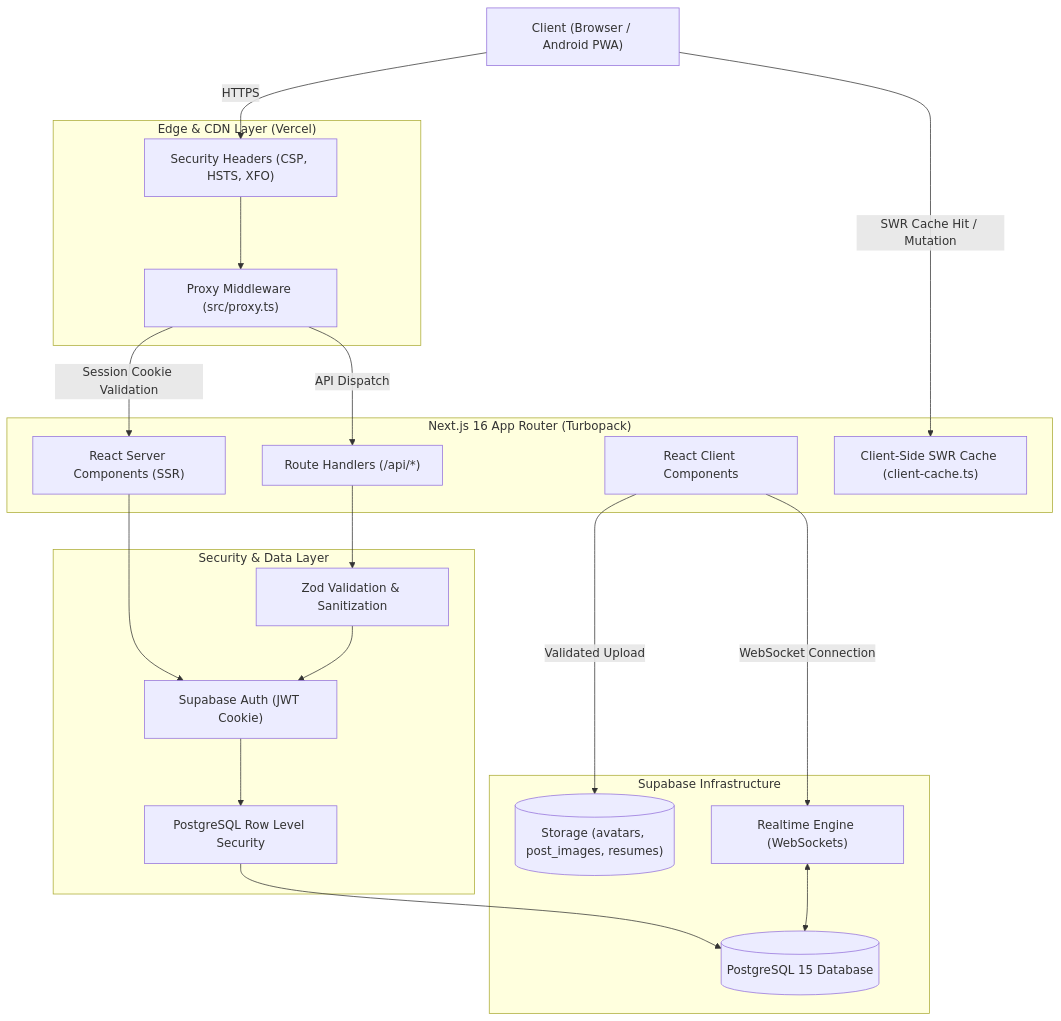
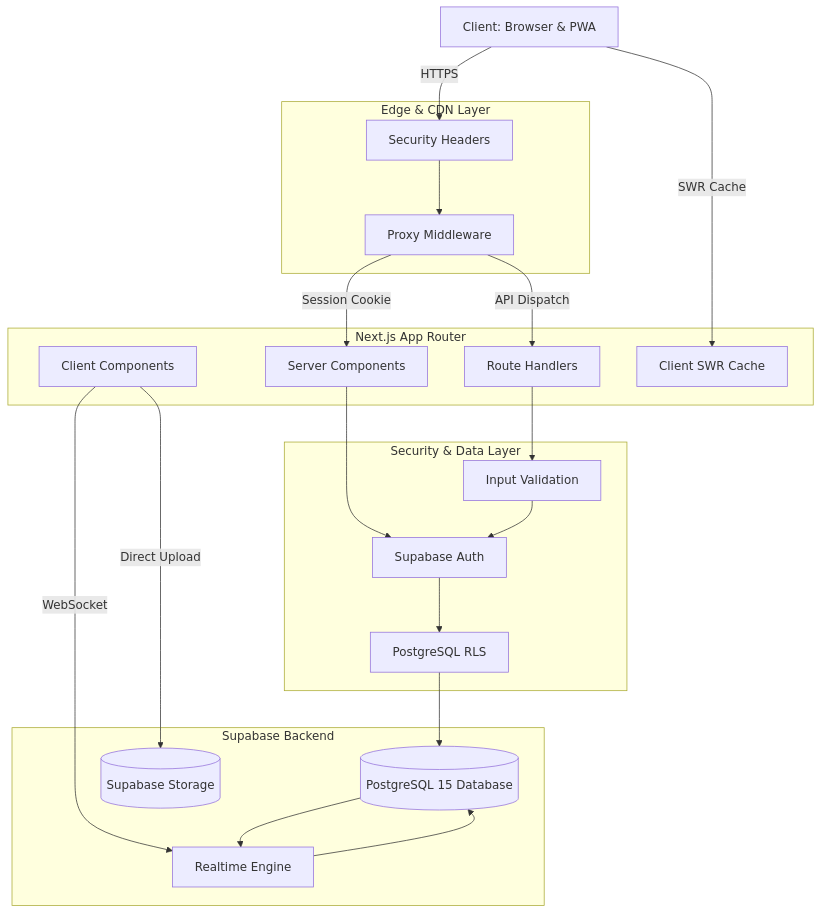
Before and after one commit to samiralam321/NewTrackr: the first of 2 diagrams in README.md, drawn with Mermaid. The commit also changed other lines of this file and 2 other files, not shown here.

Commit message:
fix(docs): optimize Mermaid syntax for GitHub renderer compatibility

````diff
--- a/README.md
+++ b/README.md
@@ -78,45 +78,46 @@
 ```mermaid
 flowchart TD
-    Client["Client (Browser / Android PWA)"]
+    Client["Client: Browser & PWA"]
 
-    subgraph Edge ["Edge & CDN Layer (Vercel)"]
-        Headers["Security Headers (CSP, HSTS, XFO)"]
-        Proxy["Proxy Middleware (src/proxy.ts)"]
+    subgraph EdgeLayer["Edge & CDN Layer"]
+        Headers["Security Headers"]
+        Proxy["Proxy Middleware"]
     end
 
-    subgraph AppRouter ["Next.js 16 App Router (Turbopack)"]
-        RSC["React Server Components (SSR)"]
-        RCC["React Client Components"]
-        API["Route Handlers (/api/*)"]
-        Cache["Client-Side SWR Cache (client-cache.ts)"]
+    subgraph AppRouter["Next.js App Router"]
+        RSC["Server Components"]
+        RCC["Client Components"]
+        API["Route Handlers"]
+        Cache["Client SWR Cache"]
     end
 
-    subgraph Security ["Security & Data Layer"]
-        AuthCheck["Supabase Auth (JWT Cookie)"]
-        ZodVal["Zod Validation & Sanitization"]
-        RLS["PostgreSQL Row Level Security"]
+    subgraph SecurityLayer["Security & Data Layer"]
+        AuthCheck["Supabase Auth"]
+        ZodVal["Input Validation"]
+        RLS["PostgreSQL RLS"]
     end
 
-    subgraph Storage ["Supabase Infrastructure"]
-        DB[("PostgreSQL 15 Database")]
-        Buckets[("Storage (avatars, post_images, resumes)")]
-        Realtime["Realtime Engine (WebSockets)"]
+    subgraph StorageLayer["Supabase Backend"]
+        DB[(PostgreSQL 15 Database)]
+        Buckets[(Supabase Storage)]
+        Realtime["Realtime Engine"]
     end
 
     Client -->|HTTPS| Headers
     Headers --> Proxy
-    Proxy -->|Session Cookie Validation| RSC
+    Proxy -->|Session Cookie| RSC
     Proxy -->|API Dispatch| API
 
     RSC --> AuthCheck
     API --> ZodVal
     ZodVal --> AuthCheck
 
     AuthCheck --> RLS
     RLS --> DB
 
-    Client -->|SWR Cache Hit / Mutation| Cache
-    RCC -->|WebSocket Connection| Realtime
-    RCC -->|Validated Upload| Buckets
-    Realtime <--> DB
+    Client -->|SWR Cache| Cache
+    RCC -->|WebSocket| Realtime
+    RCC -->|Direct Upload| Buckets
+    Realtime --> DB
+    DB --> Realtime
 ```
````
